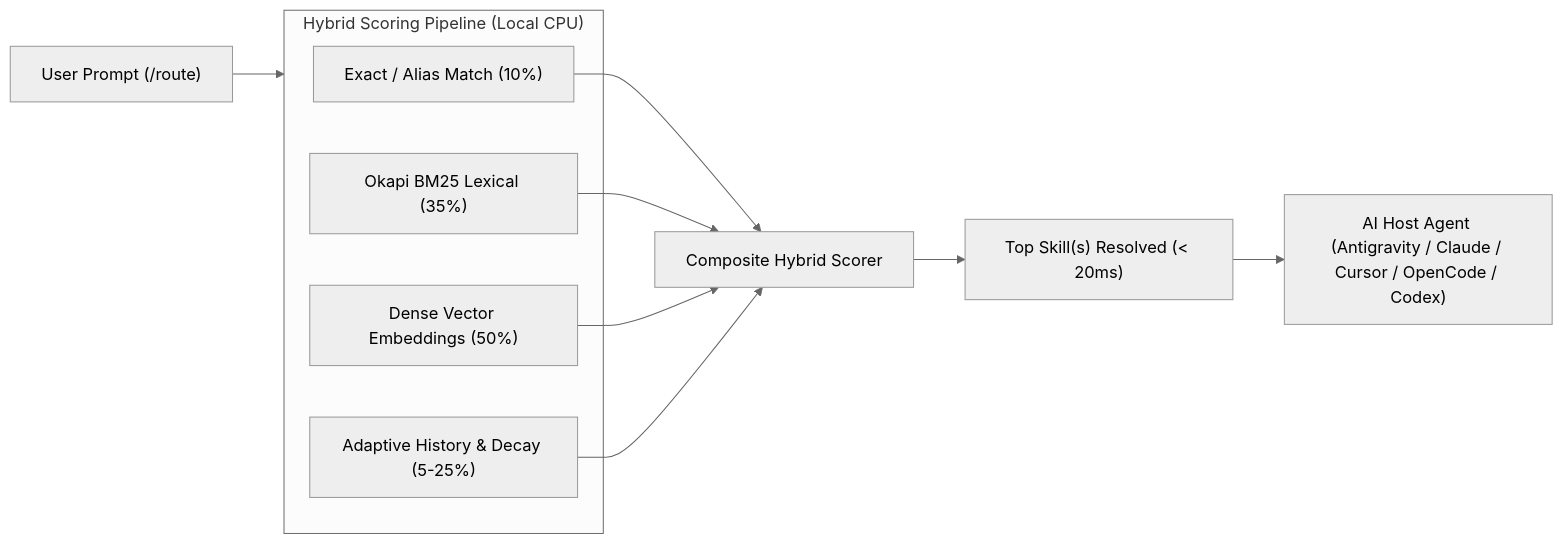
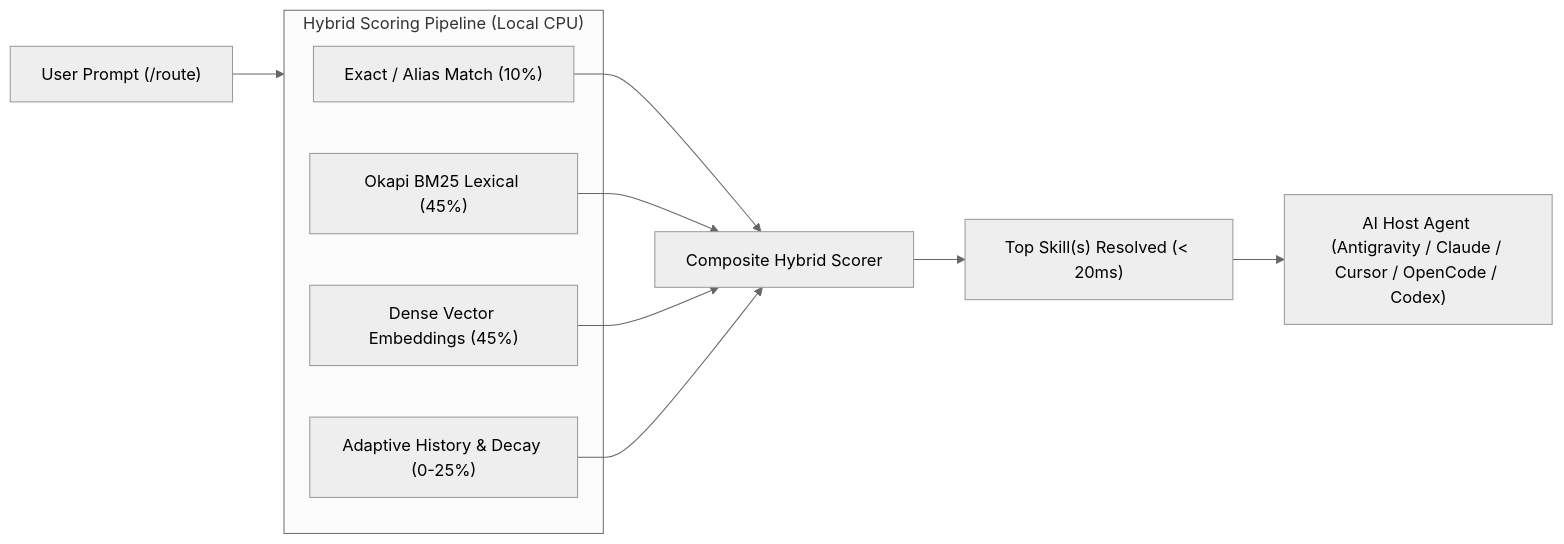
The diagram in README.md (bshea-1/Routed), drawn with Mermaid (neutral theme) before and after one commit. The commit also changed other lines of this file and 86 other files, not shown here.

````diff
--- a/README.md
+++ b/README.md
@@ -53,19 +54,19 @@
 ```mermaid
 flowchart LR
     UserPrompt["User Prompt (/route)"] --> Engine["Routed Core Engine"]
 
     subgraph Engine["Hybrid Scoring Pipeline (Local CPU)"]
         Exact["Exact / Alias Match (10%)"]
-        BM25["Okapi BM25 Lexical (35%)"]
-        Semantic["Dense Vector Embeddings (50%)"]
-        Meta["Adaptive History & Decay (5-25%)"]
+        BM25["Okapi BM25 Lexical (45%)"]
+        Semantic["Dense Vector Embeddings (45%)"]
+        Meta["Adaptive History & Decay (0-25%)"]
     end
 
     Exact --> Scorer["Composite Hybrid Scorer"]
     BM25 --> Scorer
     Semantic --> Scorer
     Meta --> Scorer
 
     Scorer --> Selection["Top Skill(s) Resolved (< 20ms)"]
     Selection --> Agent["AI Host Agent (Antigravity / Claude / Cursor / OpenCode / Codex)"]
 ```
````
